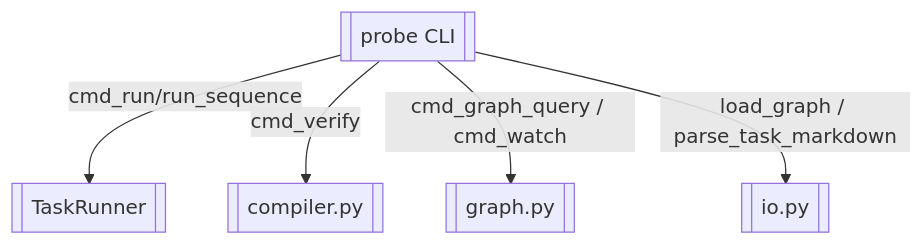
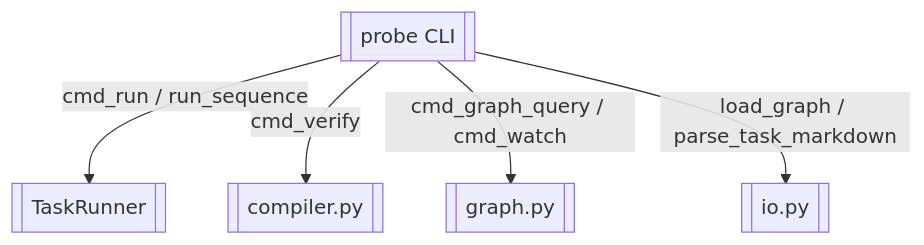
Before and after one commit to Cyning12/cyning-harness-probe: the diagram in docs/_tech_graph/10_cli.md, drawn with Mermaid. The commit also changed other lines of this file and 34 other files, not shown here.

First line of the commit message:
docs(tech-graph): rebuild docs/_tech_graph without .ai.md

````diff
--- a/docs/_tech_graph/10_cli.md
+++ b/docs/_tech_graph/10_cli.md
@@ -16,13 +16,13 @@
 ```mermaid
 flowchart TD
     CLI[["probe CLI"]]
     RUNNER[["TaskRunner"]]
     COMPILER[["compiler.py"]]
     GRAPH[["graph.py"]]
     IO[["io.py"]]
-    CLI --"cmd_run/run_sequence"--> RUNNER
+    CLI --"cmd_run / run_sequence"--> RUNNER
     CLI --"cmd_verify"--> COMPILER
     CLI --"cmd_graph_query / cmd_watch"--> GRAPH
     CLI --"load_graph / parse_task_markdown"--> IO
     %% 锚点：见 YAML 源 edges[].anchors
 ```
````
